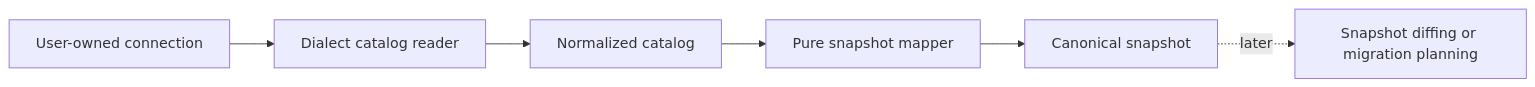
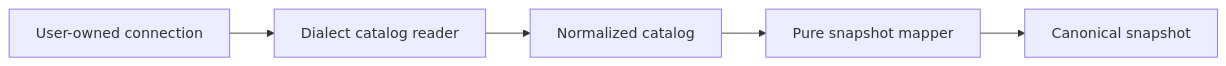
Before and after one commit to aleclarson/qubu: the diagram in docs/schema/introspection.md, drawn with Mermaid. The commit also changed other lines of this file and 18 other files, not shown here.

````diff
--- a/docs/schema/introspection.md
+++ b/docs/schema/introspection.md
@@ -14,8 +15,7 @@
 ```mermaid
 flowchart LR
   A[User-owned connection] --> B[Dialect catalog reader]
   B --> C[Normalized catalog]
   C --> D[Pure snapshot mapper]
   D --> E[Canonical snapshot]
-  E -. later .-> F[Snapshot diffing or migration planning]
 ```
````
